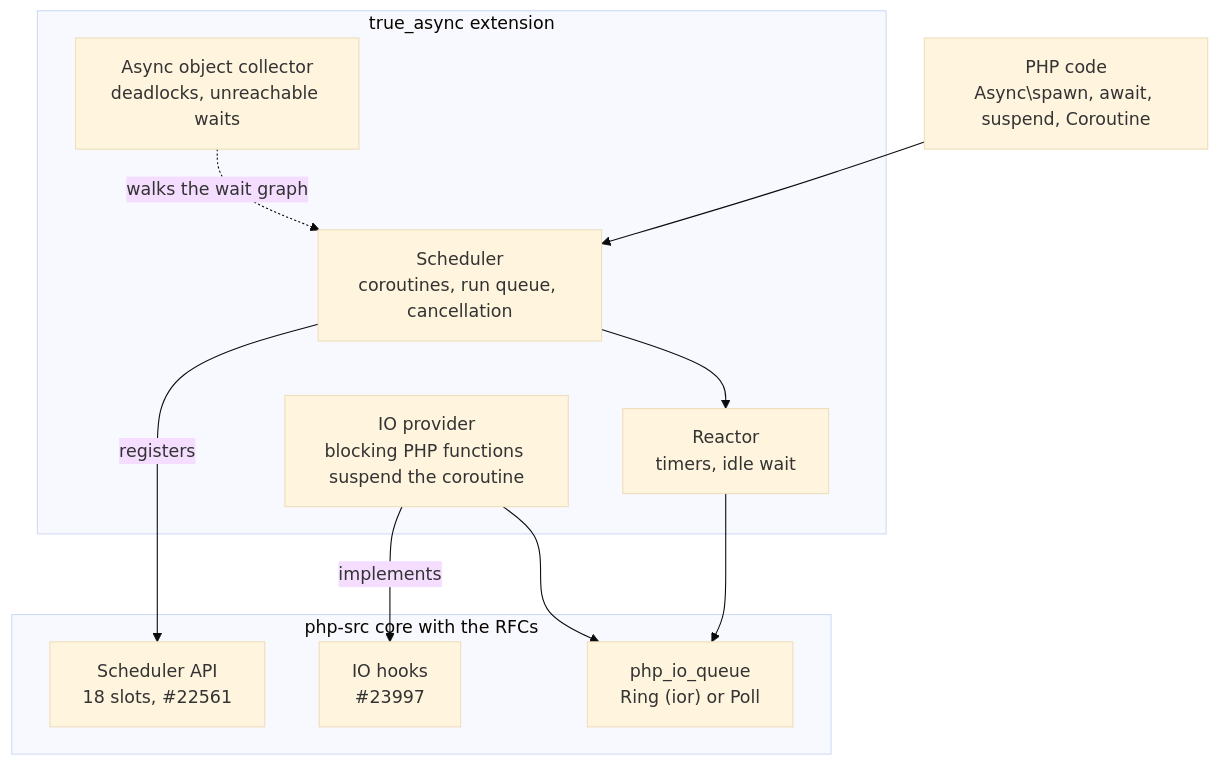
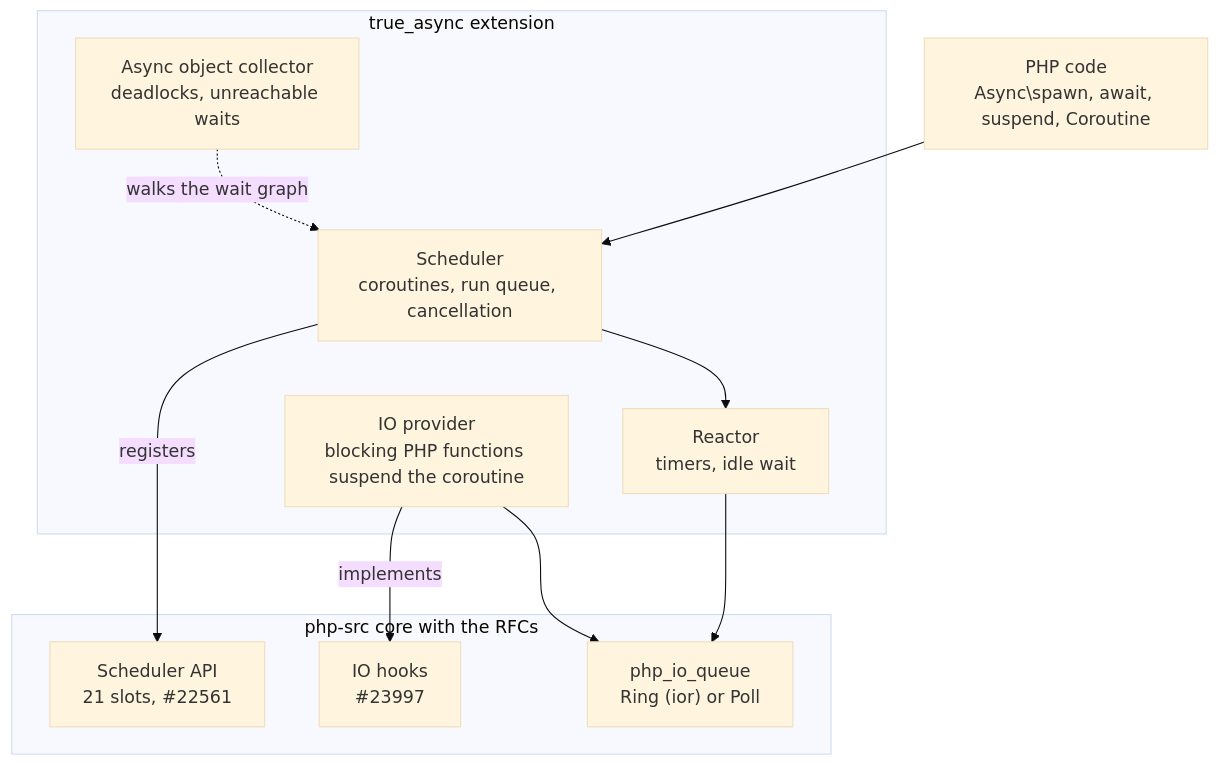
Before and after one commit to true-async/true-async: the diagram in README.md, drawn with Mermaid (base theme). The commit also changed 10 other files, not shown here.

````diff
--- a/README.md
+++ b/README.md
@@ -58,25 +58,25 @@
 ```mermaid
 flowchart TB
     app["PHP code<br/>Async\spawn, await, suspend, Coroutine"]
 
     subgraph ext["true_async extension"]
         sched["Scheduler<br/>coroutines, run queue, cancellation"]
         reactor["Reactor<br/>timers, idle wait"]
         provider["IO provider<br/>blocking PHP functions suspend the coroutine"]
         collector["Async object collector<br/>deadlocks, unreachable waits"]
     end
 
     subgraph core["php-src core with the RFCs"]
-        sapi["Scheduler API<br/>18 slots, #22561"]
+        sapi["Scheduler API<br/>21 slots, #22561"]
         hooks["IO hooks<br/>#23997"]
         queue["php_io_queue<br/>Ring (ior) or Poll"]
     end
 
     app --> sched
     sched -- registers --> sapi
     sched --> reactor
     reactor --> queue
     provider -- implements --> hooks
     provider --> queue
     collector -. walks the wait graph .-> sched
 ```
````
